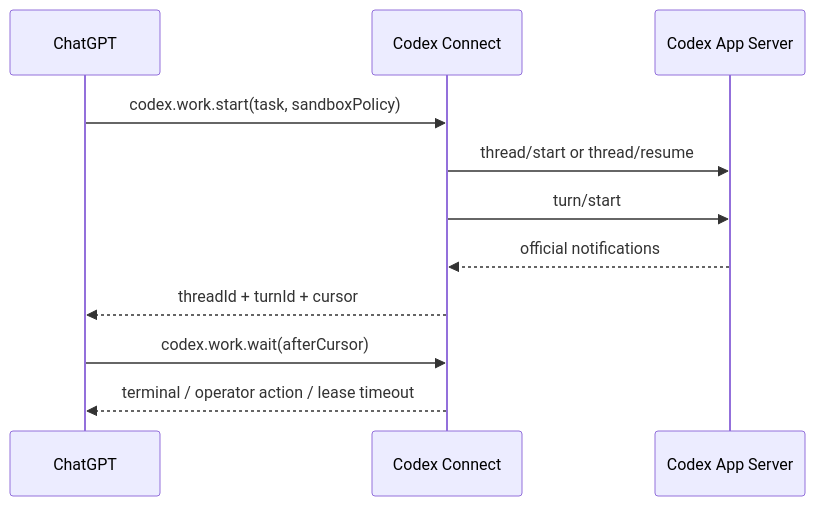
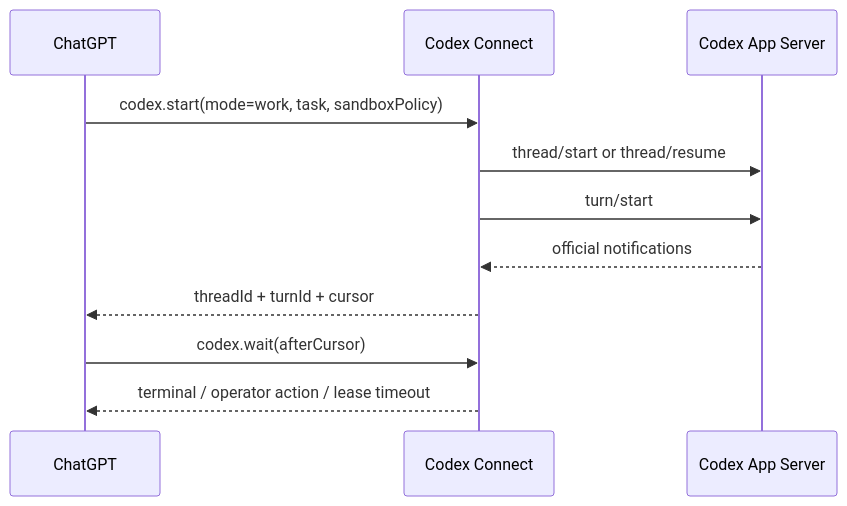
The second of 2 diagrams in docs/architecture/overview.md (Jesrey0/codex-connect), drawn with Mermaid before and after one commit. The commit also changed other lines of this file and 11 other files, not shown here.

````diff
--- a/docs/architecture/overview.md
+++ b/docs/architecture/overview.md
@@ -70,14 +69,14 @@
 ```mermaid
 sequenceDiagram
     participant C as ChatGPT
     participant X as Codex Connect
     participant A as Codex App Server
 
-    C->>X: codex.work.start(task, sandboxPolicy)
+    C->>X: codex.start(mode=work, task, sandboxPolicy)
     X->>A: thread/start or thread/resume
     X->>A: turn/start
     A-->>X: official notifications
     X-->>C: threadId + turnId + cursor
-    C->>X: codex.work.wait(afterCursor)
+    C->>X: codex.wait(afterCursor)
     X-->>C: terminal / operator action / lease timeout
 ```
````
